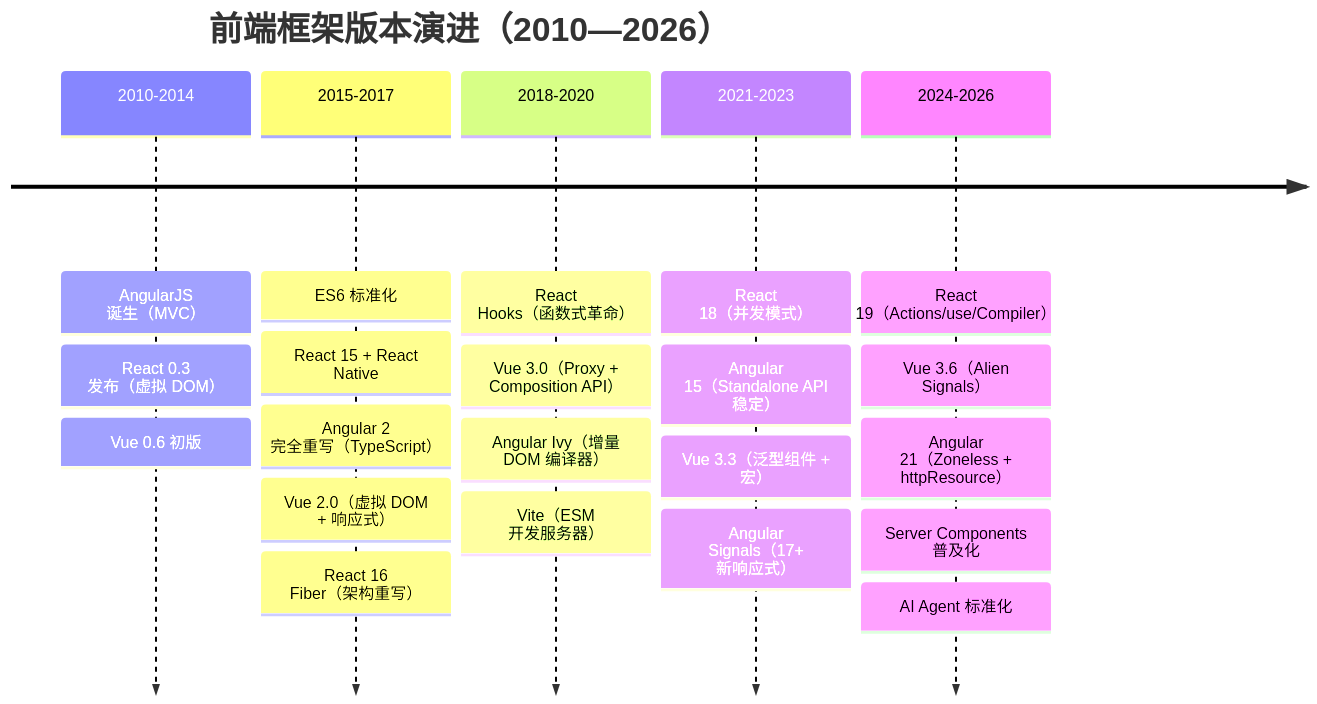
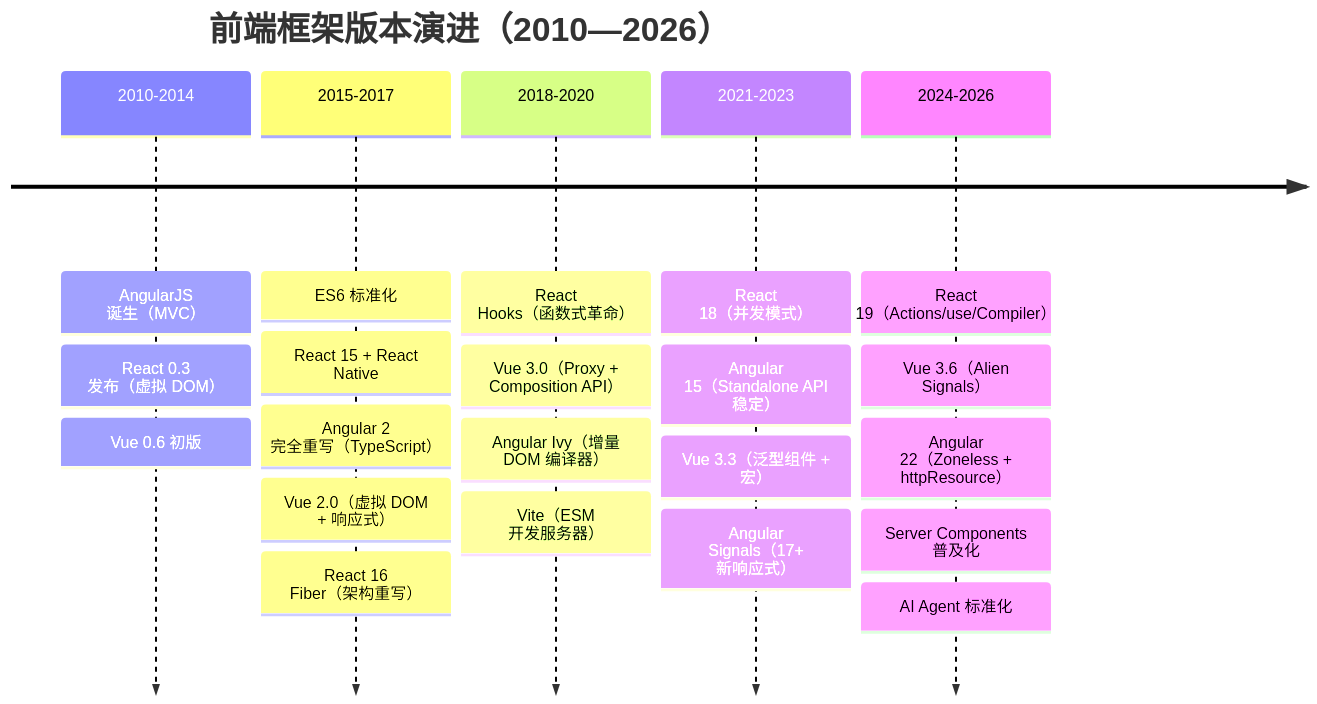
The second of 11 diagrams in S2-框架深入/框架对比/04-性能与选型.md (KMaybe01/common), drawn with Mermaid before and after one commit. The commit also changed other lines of this file and 23 other files, not shown here.

````diff
--- a/S2-框架深入/框架对比/04-性能与选型.md
+++ b/S2-框架深入/框架对比/04-性能与选型.md
@@ -136,25 +136,25 @@
 ```mermaid
 timeline
     title 前端框架版本演进（2010—2026）
     2010-2014 : AngularJS 诞生（MVC）
               : React 0.3 发布（虚拟 DOM）
               : Vue 0.6 初版
     2015-2017 : ES6 标准化
               : React 15 + React Native
               : Angular 2 完全重写（TypeScript）
               : Vue 2.0（虚拟 DOM + 响应式）
               : React 16 Fiber（架构重写）
     2018-2020 : React Hooks（函数式革命）
               : Vue 3.0（Proxy + Composition API）
               : Angular Ivy（增量 DOM 编译器）
               : Vite（ESM 开发服务器）
     2021-2023 : React 18（并发模式）
               : Angular 15（Standalone API 稳定）
               : Vue 3.3（泛型组件 + 宏）
               : Angular Signals（17+ 新响应式）
     2024-2026 : React 19（Actions/use/Compiler）
               : Vue 3.6（Alien Signals）
-              : Angular 21（Zoneless + httpResource）
+              : Angular 22（Zoneless + httpResource）
               : Server Components 普及化
               : AI Agent 标准化
 ```
````
